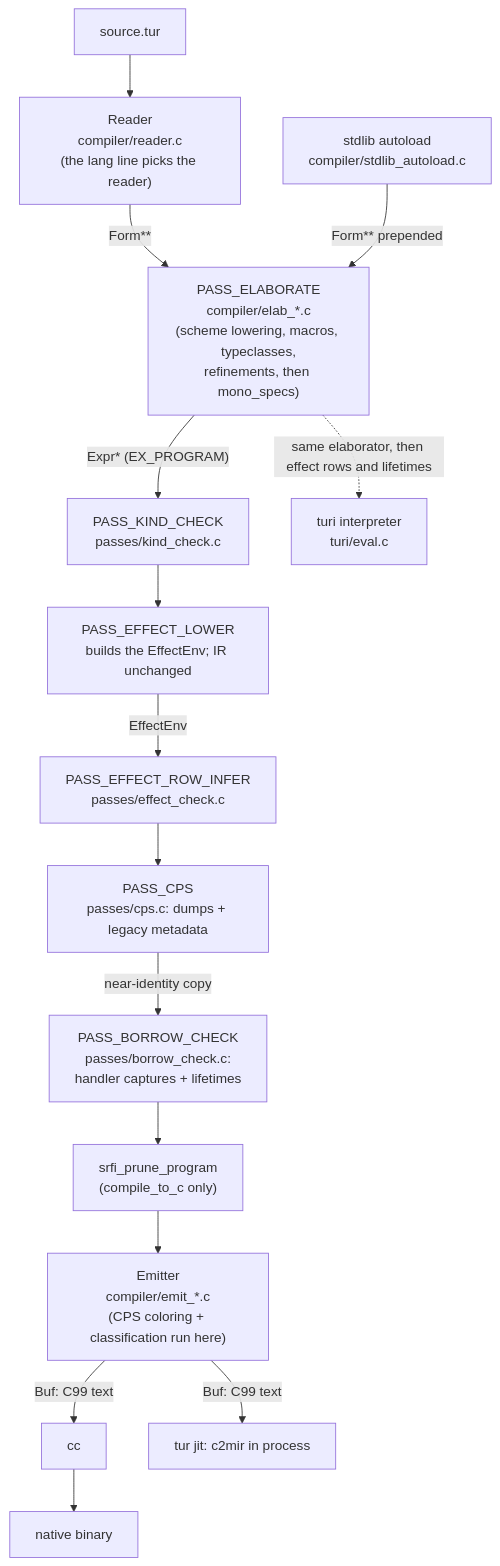
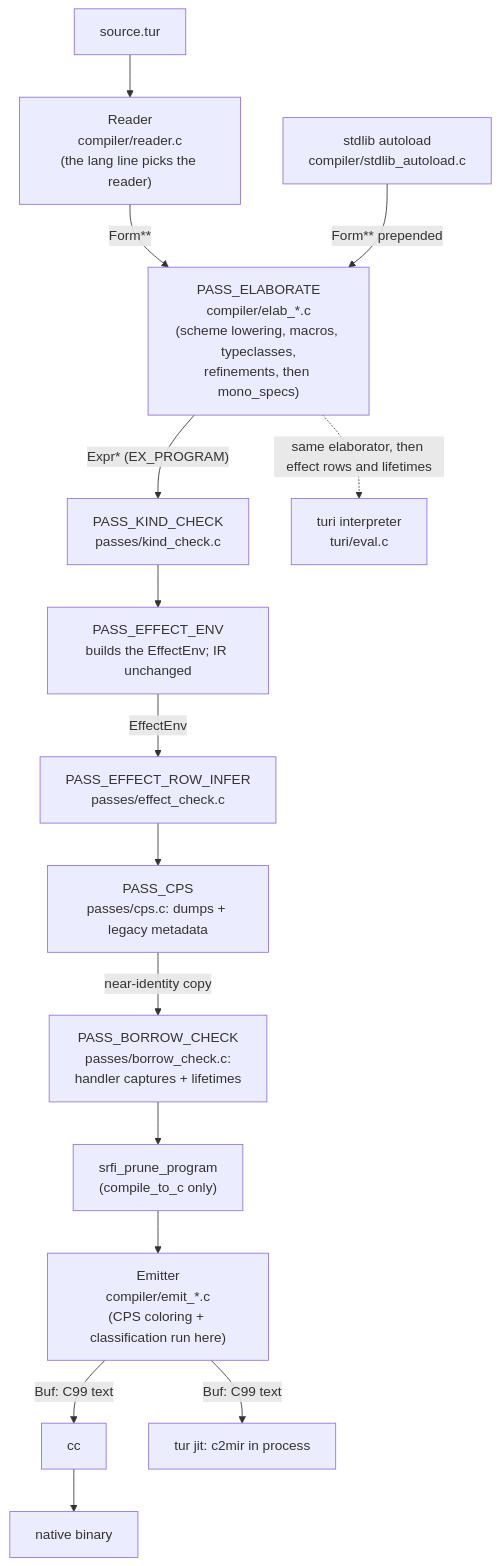
One commit to turmeric-lang/turmeric changed the diagram in docs/guides/compiler-internals.md. Above: the diagram before and after it, drawn with Mermaid. The commit also changed other lines of this file and 74 other files, not shown here.

````diff
--- a/docs/guides/compiler-internals.md
+++ b/docs/guides/compiler-internals.md
@@ -43,33 +42,33 @@
 ```mermaid
 flowchart TD
   SRC["source.tur"]
   RD["Reader<br/>compiler/reader.c<br/>(the lang line picks the reader)"]
   STD["stdlib autoload<br/>compiler/stdlib_autoload.c"]
   EL["PASS_ELABORATE<br/>compiler/elab_*.c<br/>(scheme lowering, macros, typeclasses,<br/>refinements, then mono_specs)"]
   KC["PASS_KIND_CHECK<br/>passes/kind_check.c"]
-  EFL["PASS_EFFECT_LOWER<br/>builds the EffectEnv; IR unchanged"]
+  EFL["PASS_EFFECT_ENV<br/>builds the EffectEnv; IR unchanged"]
   EFC["PASS_EFFECT_ROW_INFER<br/>passes/effect_check.c"]
   CPS["PASS_CPS<br/>passes/cps.c: dumps + legacy metadata"]
   BC["PASS_BORROW_CHECK<br/>passes/borrow_check.c:<br/>handler captures + lifetimes"]
   SP["srfi_prune_program<br/>(compile_to_c only)"]
   EM["Emitter<br/>compiler/emit_*.c<br/>(CPS coloring + classification run here)"]
   CC["cc"]
   JIT["tur jit: c2mir in process"]
   BIN["native binary"]
   TURI["turi interpreter<br/>turi/eval.c"]
 
   SRC --> RD
   RD -->|"Form**"| EL
   STD -->|"Form** prepended"| EL
   EL -->|"Expr* (EX_PROGRAM)"| KC
   KC --> EFL
   EFL -->|"EffectEnv"| EFC
   EFC --> CPS
   CPS -->|"near-identity copy"| BC
   BC --> SP
   SP --> EM
   EM -->|"Buf: C99 text"| CC
   EM -->|"Buf: C99 text"| JIT
   CC --> BIN
   EL -.->|"same elaborator, then effect rows and lifetimes"| TURI
 ```
````
